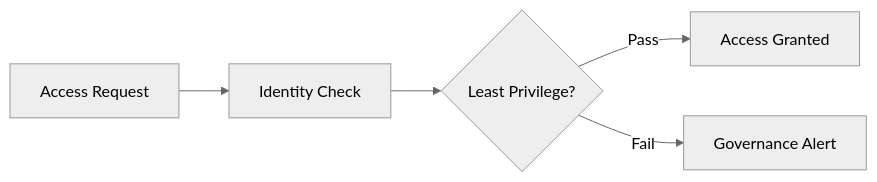
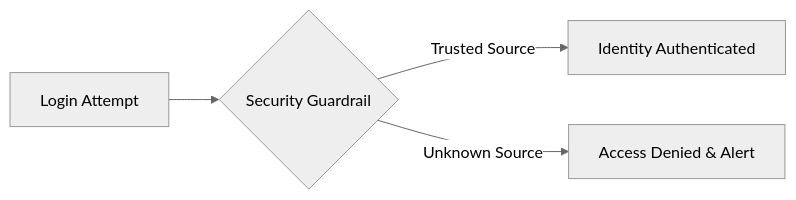
The eighth of 11 diagrams in README.md (Devopstrio/service-principal-lifecycle), drawn with Mermaid (neutral theme) before and after one commit. The commit also changed other lines of this file, not shown here.

Commit message:
docs: implement 11+ professional architecture diagrams for service principal lifecycle platform

````diff
--- a/README.md
+++ b/README.md
@@ -115,7 +172,6 @@
 ```mermaid
 graph LR
-    Req[Access Request] --> Auth[Identity Check]
-    Auth --> Policy{Least Privilege?}
-    Policy -->|Pass| Success[Access Granted]
-    Policy -->|Fail| Warn[Governance Alert]
+    Login["Login Attempt"] --> Policy{"Security Guardrail"}
+    Policy -->|Trusted Source| Access["Identity Authenticated"]
+    Policy -->|Unknown Source| Block["Access Denied & Alert"]
 ```
````
